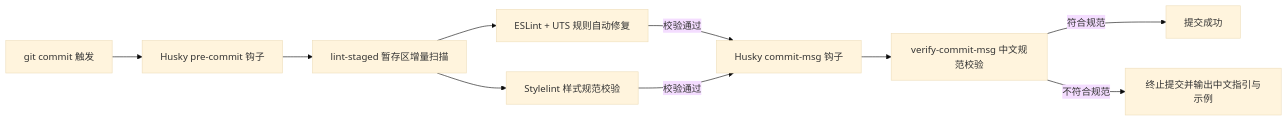
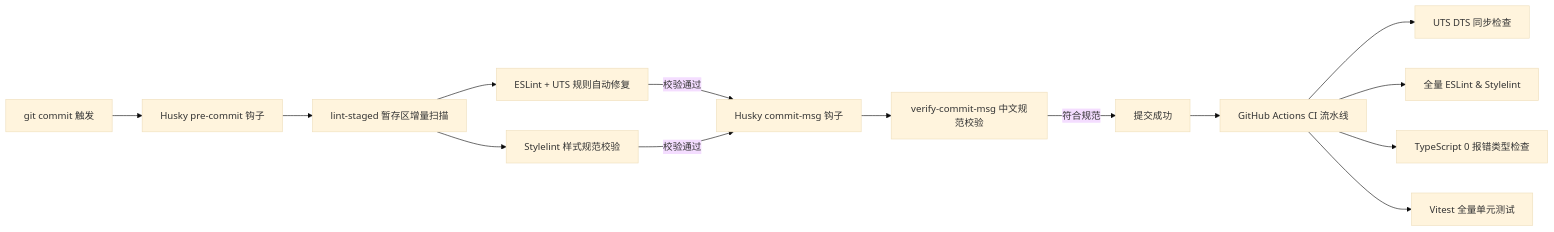
One commit to cq112233/unibestX changed the second of 2 diagrams in README.md. Above: the diagram before and after it, drawn with Mermaid (base theme). The commit also changed other lines of this file and 4 other files, not shown here.

````diff
--- a/README.md
+++ b/README.md
@@ -1040,11 +1120,15 @@
 ```mermaid
 graph LR
     A[git commit 触发] --> B[Husky pre-commit 钩子]
     B --> C[lint-staged 暂存区增量扫描]
     C --> D[ESLint + UTS 规则自动修复]
     C --> E[Stylelint 样式规范校验]
     D & E -->|校验通过| F[Husky commit-msg 钩子]
     F --> G[verify-commit-msg 中文规范校验]
     G -->|符合规范| H[提交成功]
-    G -->|不符合规范| I[终止提交并输出中文指引与示例]
+    H --> I[GitHub Actions CI 流水线]
+    I --> J[UTS DTS 同步检查]
+    I --> K[全量 ESLint & Stylelint]
+    I --> L[TypeScript 0 报错类型检查]
+    I --> M[Vitest 全量单元测试]
 ```
````
